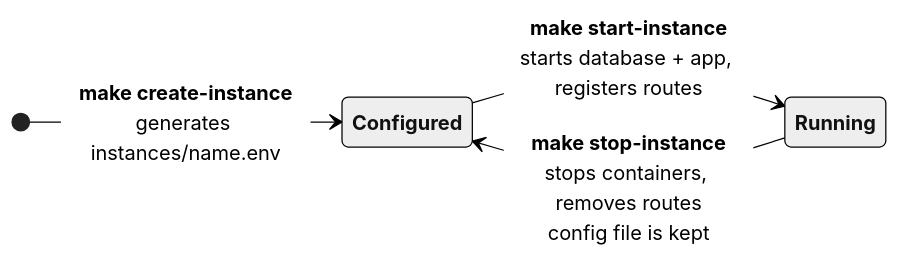
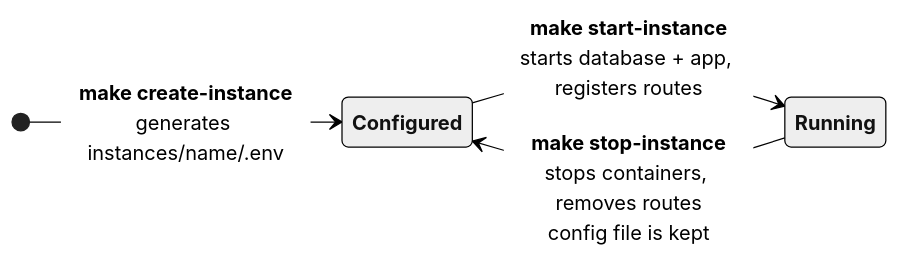
Before and after one commit to dhis2/docker-deployment: the third of 3 diagrams in README.md, drawn with Mermaid (neutral theme). The commit also changed other lines of this file and 5 other files, not shown here.

First line of the commit message:
refactor: keep all per-instance files under instances/<name>/

````diff
--- a/README.md
+++ b/README.md
@@ -267,10 +267,10 @@
 ```mermaid
 stateDiagram-v2
     direction LR
-    [*] --> **Configured** : **make create-instance**<br/>generates instances/name.env
+    [*] --> **Configured** : **make create-instance**<br/>generates instances/name/.env
 
     **Configured** --> **Running** : **make start-instance**<br/>starts database + app, registers routes
 
     **Running** --> **Configured** : **make stop-instance**<br/>stops containers, removes routes<br/>config file is kept
 
 ```
````
